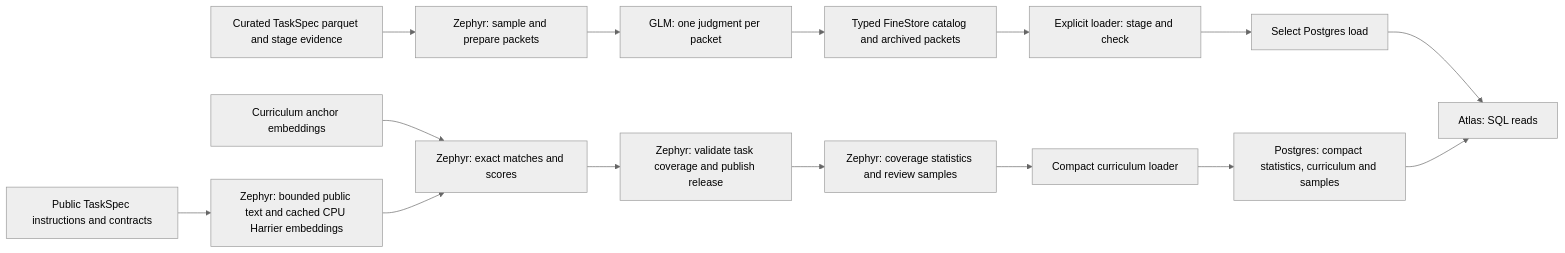
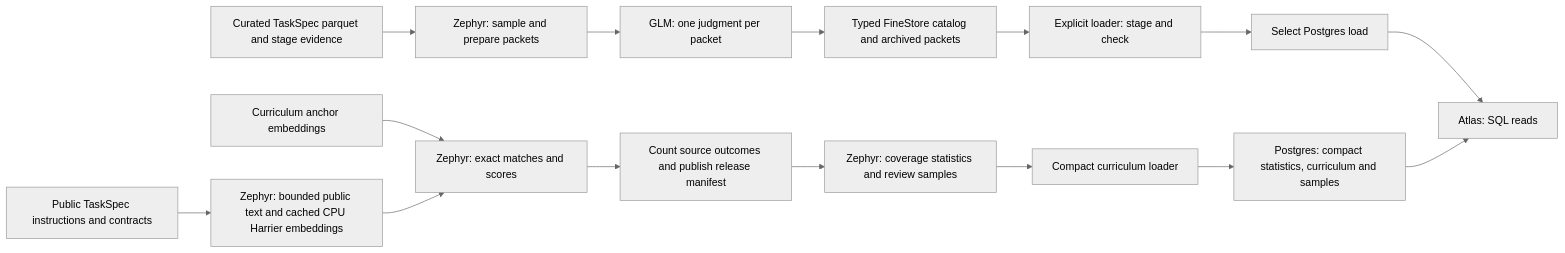
One commit to marin-community/marin changed the diagram in docs/references/rl-data-atlas.md. Above: the diagram before and after it, drawn with Mermaid (neutral theme). The commit also changed other lines of this file and 19 other files, not shown here.

````diff
--- a/docs/references/rl-data-atlas.md
+++ b/docs/references/rl-data-atlas.md
@@ -17,17 +17,17 @@
 ```mermaid
 flowchart LR
   C[Curated TaskSpec parquet and stage evidence] --> P[Zephyr: sample and prepare packets]
   P --> G[GLM: one judgment per packet]
   G --> K[Typed FineStore catalog and archived packets]
   K --> L[Explicit loader: stage and check]
   L --> D[Select Postgres load]
   D --> A[Atlas: SQL reads]
   T[Public TaskSpec instructions and contracts] --> E[Zephyr: bounded public text and cached CPU Harrier embeddings]
   H[Curriculum anchor embeddings] --> M[Zephyr: exact matches and scores]
   E --> M
-  M --> R[Zephyr: validate task coverage and publish release]
+  M --> R[Count source outcomes and publish release manifest]
   R --> CS[Zephyr: coverage statistics and review samples]
   CS --> CL[Compact curriculum loader]
   CL --> CA[Postgres: compact statistics, curriculum and samples]
   CA --> A
 ```
````
